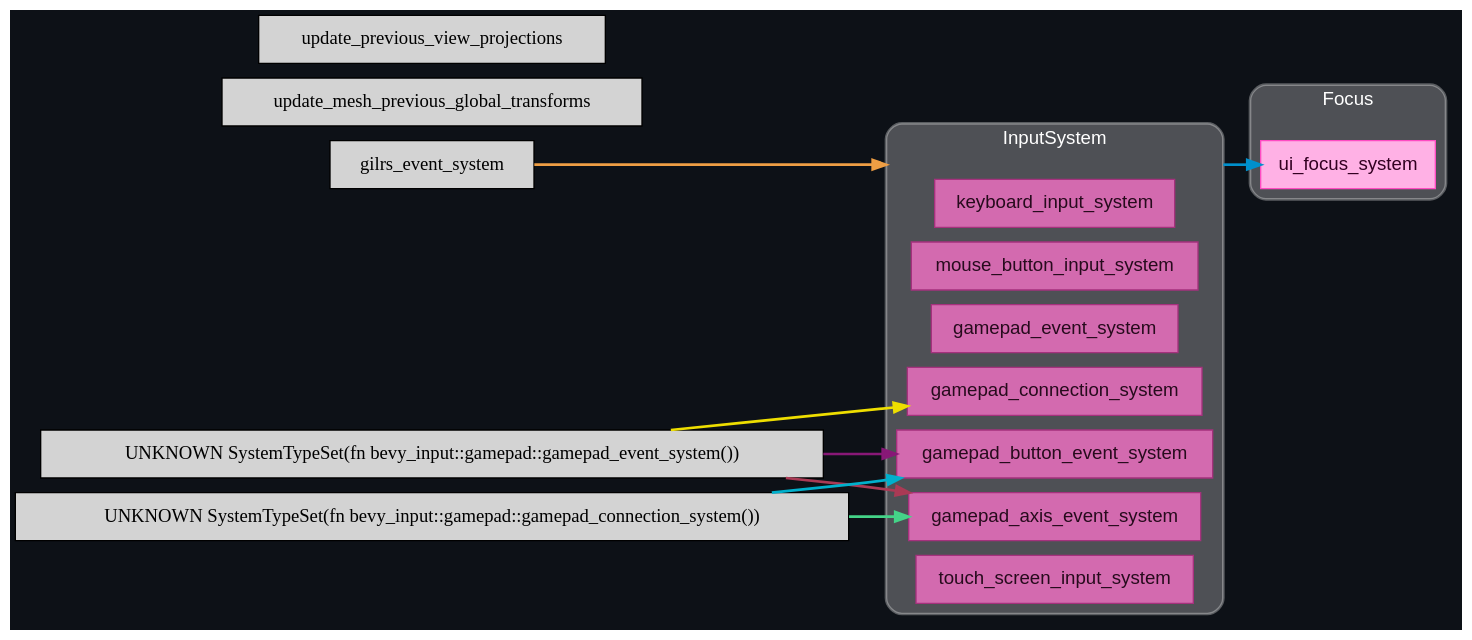
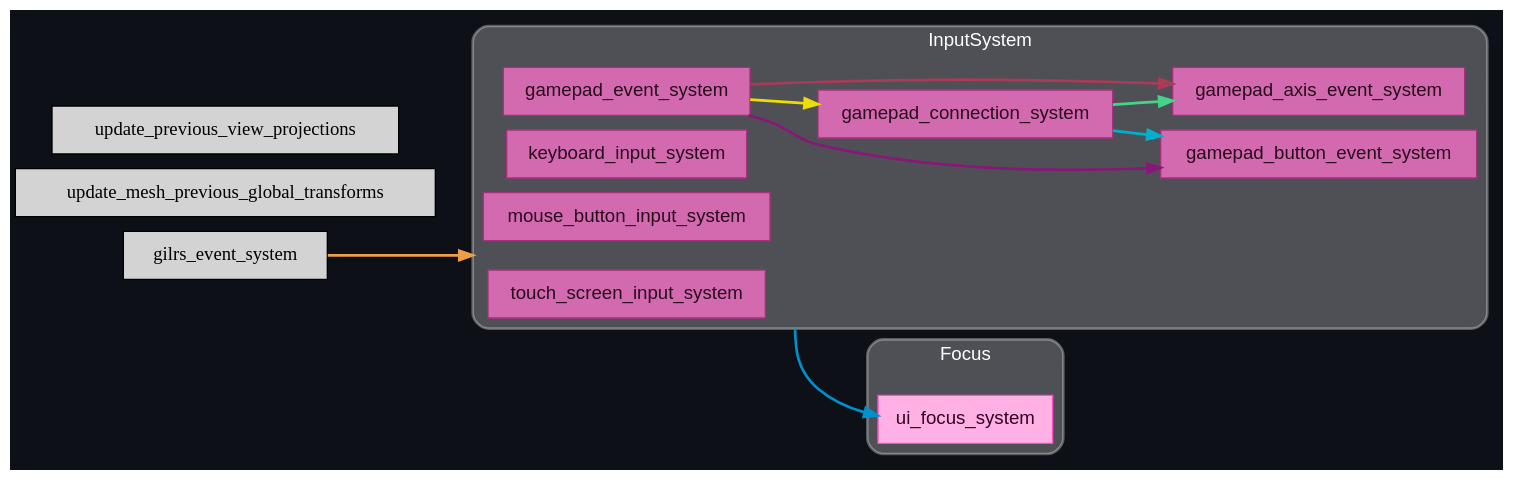
One commit to jakobhellermann/bevy_mod_debugdump changed the diagram in docs/schedule/dark/schedule_PreUpdate.dot. Above: the diagram before and after it, drawn with Graphviz. The commit also changed 52 other files, not shown here.

```diff
--- a/docs/schedule/dark/schedule_PreUpdate.dot
+++ b/docs/schedule/dark/schedule_PreUpdate.dot
@@ -1,50 +1,50 @@
 digraph "" {
 	"compound"="true";
 	"splines"="spline";
 	"rankdir"="LR";
 	"bgcolor"="#0d1117";
 	"fontname"="Helvetica";
 	"nodesep"="0.15";
 	edge ["penwidth"="2"];
 	node ["shape"="box", "style"="filled"];
 	subgraph "clusternode_Set(1)" {
 		"style"="rounded,filled";
 		"label"="InputSystem";
 		"tooltip"="InputSystem";
 		"fillcolor"="#ffffff44";
 		"fontcolor"="#ffffff";
 		"color"="#ffffff50";
 		"penwidth"="2";
 		"set_marker_node_Set(1)" ["style"="invis", "label"="", "height"="0", "shape"="point"]
 		"node_System(0)" ["label"="keyboard_input_system", "tooltip"="bevy_input::keyboard::keyboard_input_system", "fillcolor"="#d36aaf", "fontname"="Helvetica", "fontcolor"="#270b1d", "color"="#a5317d", "penwidth"="1"]
 		"node_System(1)" ["label"="mouse_button_input_system", "tooltip"="bevy_input::mouse::mouse_button_input_system", "fillcolor"="#d36aaf", "fontname"="Helvetica", "fontcolor"="#270b1d", "color"="#a5317d", "penwidth"="1"]
 		"node_System(2)" ["label"="gamepad_event_system", "tooltip"="bevy_input::gamepad::gamepad_event_system", "fillcolor"="#d36aaf", "fontname"="Helvetica", "fontcolor"="#270b1d", "color"="#a5317d", "penwidth"="1"]
 		"node_System(3)" ["label"="gamepad_connection_system", "tooltip"="bevy_input::gamepad::gamepad_connection_system", "fillcolor"="#d36aaf", "fontname"="Helvetica", "fontcolor"="#270b1d", "color"="#a5317d", "penwidth"="1"]
 		"node_System(4)" ["label"="gamepad_button_event_system", "tooltip"="bevy_input::gamepad::gamepad_button_event_system", "fillcolor"="#d36aaf", "fontname"="Helvetica", "fontcolor"="#270b1d", "color"="#a5317d", "penwidth"="1"]
 		"node_System(5)" ["label"="gamepad_axis_event_system", "tooltip"="bevy_input::gamepad::gamepad_axis_event_system", "fillcolor"="#d36aaf", "fontname"="Helvetica", "fontcolor"="#270b1d", "color"="#a5317d", "penwidth"="1"]
 		"node_System(6)" ["label"="touch_screen_input_system", "tooltip"="bevy_input::touch::touch_screen_input_system", "fillcolor"="#d36aaf", "fontname"="Helvetica", "fontcolor"="#270b1d", "color"="#a5317d", "penwidth"="1"]
 	}
 	
 	subgraph "clusternode_Set(9)" {
 		"style"="rounded,filled";
 		"label"="Focus";
 		"tooltip"="Focus";
 		"fillcolor"="#ffffff44";
 		"fontcolor"="#ffffff";
 		"color"="#ffffff50";
 		"penwidth"="2";
 		"set_marker_node_Set(9)" ["style"="invis", "label"="", "height"="0", "shape"="point"]
 		"node_System(7)" ["label"="ui_focus_system", "tooltip"="bevy_ui::focus::ui_focus_system", "fillcolor"="#ffb1e5", "fontname"="Helvetica", "fontcolor"="#320021", "color"="#ff4bc2", "penwidth"="1"]
 	}
 	
 	"node_System(8)" ["label"="update_mesh_previous_global_transforms", "tooltip"="bevy_pbr::prepass::update_mesh_previous_global_transforms"]
 	"node_System(9)" ["label"="update_previous_view_projections", "tooltip"="bevy_pbr::prepass::update_previous_view_projections"]
 	"node_System(10)" ["label"="gilrs_event_system", "tooltip"="bevy_gilrs::gilrs_system::gilrs_event_system"]
-	"UNKNOWN SystemTypeSet(fn bevy_input::gamepad::gamepad_event_system())" -> "node_System(3)" ["lhead"="", "ltail"="", "tooltip"="SystemTypeSet(gamepad_event_system()) → gamepad_connection_system", "color"="#eede00"]
-	"UNKNOWN SystemTypeSet(fn bevy_input::gamepad::gamepad_event_system())" -> "node_System(4)" ["lhead"="", "ltail"="", "tooltip"="SystemTypeSet(gamepad_event_system()) → gamepad_button_event_system", "color"="#881877"]
-	"UNKNOWN SystemTypeSet(fn bevy_input::gamepad::gamepad_connection_system())" -> "node_System(4)" ["lhead"="", "ltail"="", "tooltip"="SystemTypeSet(gamepad_connection_system()) → gamepad_button_event_system", "color"="#00b0cc"]
-	"UNKNOWN SystemTypeSet(fn bevy_input::gamepad::gamepad_event_system())" -> "node_System(5)" ["lhead"="", "ltail"="", "tooltip"="SystemTypeSet(gamepad_event_system()) → gamepad_axis_event_system", "color"="#aa3a55"]
-	"UNKNOWN SystemTypeSet(fn bevy_input::gamepad::gamepad_connection_system())" -> "node_System(5)" ["lhead"="", "ltail"="", "tooltip"="SystemTypeSet(gamepad_connection_system()) → gamepad_axis_event_system", "color"="#44d488"]
+	"node_System(2)" -> "node_System(3)" ["lhead"="", "ltail"="", "tooltip"="SystemTypeSet(FunctionSystem<fn(EventReader<GamepadEvent>, EventWriter<GamepadConnectionEvent>, EventWriter<GamepadButtonChangedEvent>, EventWriter<GamepadAxisChangedEvent>, ResMut<ButtonInput<GamepadButton>>), gamepad_event_system>()) → gamepad_connection_system", "color"="#eede00"]
+	"node_System(2)" -> "node_System(4)" ["lhead"="", "ltail"="", "tooltip"="SystemTypeSet(FunctionSystem<fn(EventReader<GamepadEvent>, EventWriter<GamepadConnectionEvent>, EventWriter<GamepadButtonChangedEvent>, EventWriter<GamepadAxisChangedEvent>, ResMut<ButtonInput<GamepadButton>>), gamepad_event_system>()) → gamepad_button_event_system", "color"="#881877"]
+	"node_System(3)" -> "node_System(4)" ["lhead"="", "ltail"="", "tooltip"="SystemTypeSet(FunctionSystem<fn(ResMut<Gamepads>, EventReader<GamepadConnectionEvent>, ResMut<Axis<GamepadAxis>>, ResMut<Axis<GamepadButton>>, ResMut<ButtonInput<GamepadButton>>), gamepad_connection_system>()) → gamepad_button_event_system", "color"="#00b0cc"]
+	"node_System(2)" -> "node_System(5)" ["lhead"="", "ltail"="", "tooltip"="SystemTypeSet(FunctionSystem<fn(EventReader<GamepadEvent>, EventWriter<GamepadConnectionEvent>, EventWriter<GamepadButtonChangedEvent>, EventWriter<GamepadAxisChangedEvent>, ResMut<ButtonInput<GamepadButton>>), gamepad_event_system>()) → gamepad_axis_event_system", "color"="#aa3a55"]
+	"node_System(3)" -> "node_System(5)" ["lhead"="", "ltail"="", "tooltip"="SystemTypeSet(FunctionSystem<fn(ResMut<Gamepads>, EventReader<GamepadConnectionEvent>, ResMut<Axis<GamepadAxis>>, ResMut<Axis<GamepadButton>>, ResMut<ButtonInput<GamepadButton>>), gamepad_connection_system>()) → gamepad_axis_event_system", "color"="#44d488"]
 	"set_marker_node_Set(1)" -> "node_System(7)" ["lhead"="", "ltail"="clusternode_Set(1)", "tooltip"="InputSystem → ui_focus_system", "color"="#0090cc"]
 	"node_System(10)" -> "set_marker_node_Set(1)" ["lhead"="clusternode_Set(1)", "ltail"="", "tooltip"="gilrs_event_system → InputSystem", "color"="#ee9e44"]
 }
```
